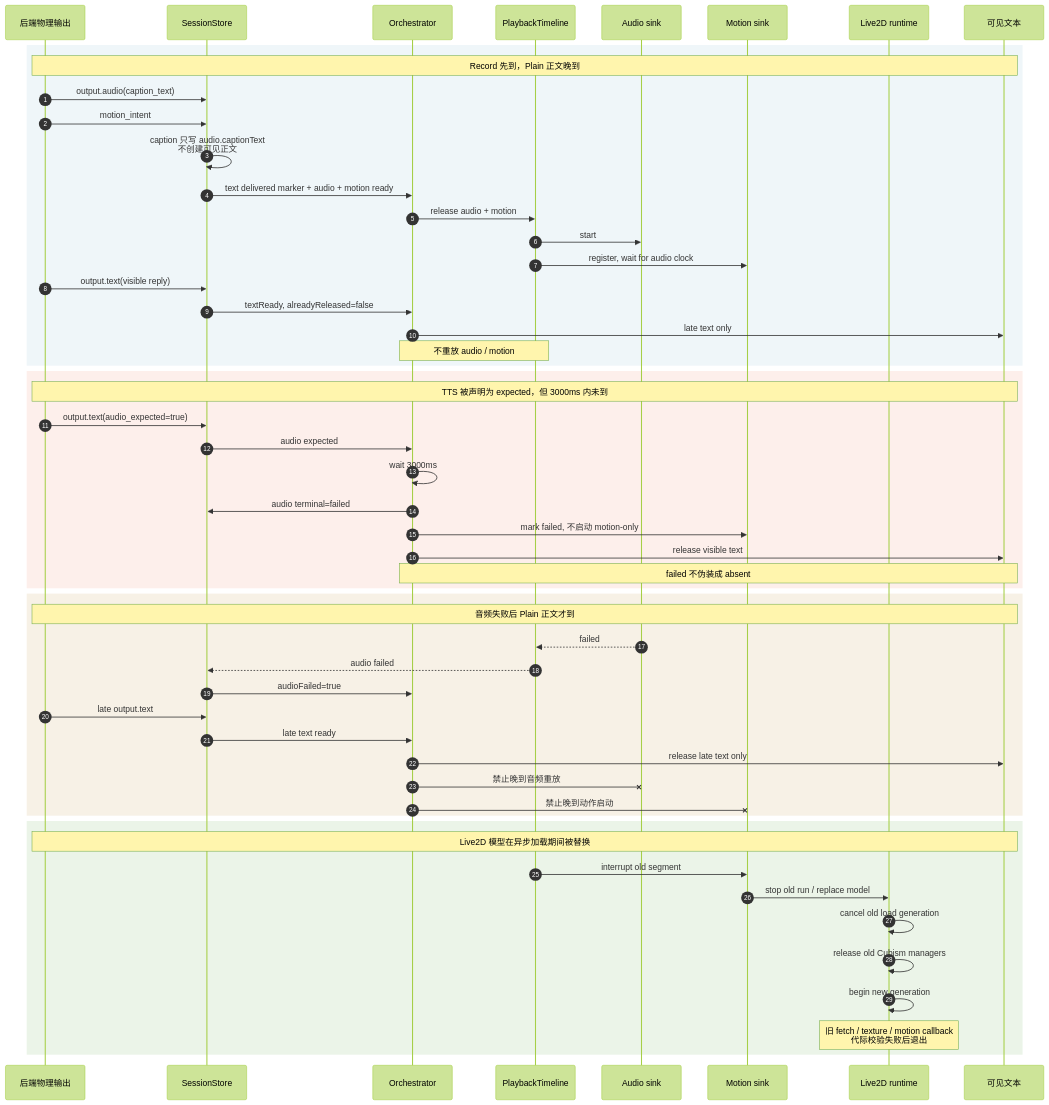
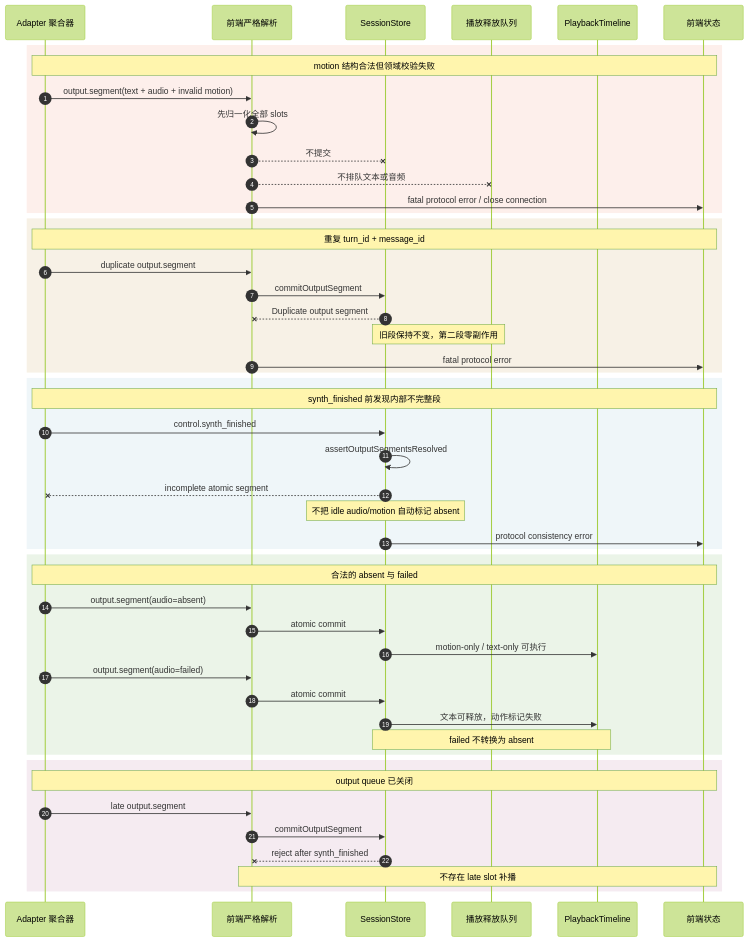
One commit to murphys7017/AG99live changed the diagram in docs/01-架构与结构/05-端到端消息播放时序图-异常与晚到消息时序.mmd. Above: the diagram before and after it, drawn with Mermaid (forest theme). The commit also changed 59 other files, not shown here.

Commit message:
refactor(playback): commit atomic output segments

```diff
--- a/docs/01-架构与结构/05-端到端消息播放时序图-异常与晚到消息时序.mmd
+++ b/docs/01-架构与结构/05-端到端消息播放时序图-异常与晚到消息时序.mmd
@@ -1,58 +1,54 @@
 sequenceDiagram
     autonumber
-    participant Backend as 后端物理输出
+    participant Backend as Adapter 聚合器
+    participant Parser as 前端严格解析
     participant Store as SessionStore
-    participant Orch as Orchestrator
+    participant Queue as 播放释放队列
     participant Timeline as PlaybackTimeline
-    participant Audio as Audio sink
-    participant Motion as Motion sink
-    participant Live2D as Live2D runtime
-    participant UI as 可见文本
-
-    rect rgb(239, 246, 249)
-        Note over Backend,UI: Record 先到，Plain 正文晚到
-        Backend->>Store: output.audio(caption_text)
-        Backend->>Store: motion_intent
-        Store->>Store: caption 只写 audio.captionText<br/>不创建可见正文
-        Store->>Orch: text delivered marker + audio + motion ready
-        Orch->>Timeline: release audio + motion
-        Timeline->>Audio: start
-        Timeline->>Motion: register, wait for audio clock
-        Backend->>Store: output.text(visible reply)
-        Store->>Orch: textReady, alreadyReleased=false
-        Orch->>UI: late text only
-        Note over Orch,Timeline: 不重放 audio / motion
-    end
+    participant UI as 前端状态
 
     rect rgb(253, 239, 235)
-        Note over Backend,UI: TTS 被声明为 expected，但 3000ms 内未到
-        Backend->>Store: output.text(audio_expected=true)
-        Store->>Orch: audio expected
-        Orch->>Orch: wait 3000ms
-        Orch->>Store: audio terminal=failed
-        Orch->>Motion: mark failed, 不启动 motion-only
-        Orch->>UI: release visible text
-        Note over Orch,UI: failed 不伪装成 absent
+        Note over Backend,UI: motion 结构合法但领域校验失败
+        Backend->>Parser: output.segment(text + audio + invalid motion)
+        Parser->>Parser: 先归一化全部 slots
+        Parser--xStore: 不提交
+        Parser--xQueue: 不排队文本或音频
+        Parser->>UI: fatal protocol error / close connection
     end
 
     rect rgb(247, 241, 230)
-        Note over Backend,UI: 音频失败后 Plain 正文才到
-        Audio-->>Timeline: failed
-        Timeline-->>Store: audio failed
-        Store->>Orch: audioFailed=true
-        Backend->>Store: late output.text
-        Store->>Orch: late text ready
-        Orch->>UI: release late text only
-        Orch-xAudio: 禁止晚到音频重放
-        Orch-xMotion: 禁止晚到动作启动
+        Note over Backend,UI: 重复 turn_id + message_id
+        Backend->>Parser: duplicate output.segment
+        Parser->>Store: commitOutputSegment
+        Store--xParser: Duplicate output segment
+        Note over Store,Queue: 旧段保持不变，第二段零副作用
+        Parser->>UI: fatal protocol error
+    end
+
+    rect rgb(239, 246, 249)
+        Note over Backend,UI: synth_finished 前发现内部不完整段
+        Backend->>Store: control.synth_finished
+        Store->>Store: assertOutputSegmentsResolved
+        Store--xBackend: incomplete atomic segment
+        Note over Store: 不把 idle audio/motion 自动标记 absent
+        Store->>UI: protocol consistency error
     end
 
     rect rgb(235, 244, 232)
-        Note over Backend,UI: Live2D 模型在异步加载期间被替换
-        Timeline->>Motion: interrupt old segment
-        Motion->>Live2D: stop old run / replace model
-        Live2D->>Live2D: cancel old load generation
-        Live2D->>Live2D: release old Cubism managers
-        Live2D->>Live2D: begin new generation
-        Note over Live2D: 旧 fetch / texture / motion callback<br/>代际校验失败后退出
+        Note over Backend,UI: 合法的 absent 与 failed
+        Backend->>Parser: output.segment(audio=absent)
+        Parser->>Store: atomic commit
+        Store->>Timeline: motion-only / text-only 可执行
+        Backend->>Parser: output.segment(audio=failed)
+        Parser->>Store: atomic commit
+        Store->>Timeline: 文本可释放，动作标记失败
+        Note over Store,Timeline: failed 不转换为 absent
     end
+
+    rect rgb(245, 235, 241)
+        Note over Backend,UI: output queue 已关闭
+        Backend->>Parser: late output.segment
+        Parser->>Store: commitOutputSegment
+        Store--xParser: reject after synth_finished
+        Note over Parser,UI: 不存在 late slot 补播
+    end
```
